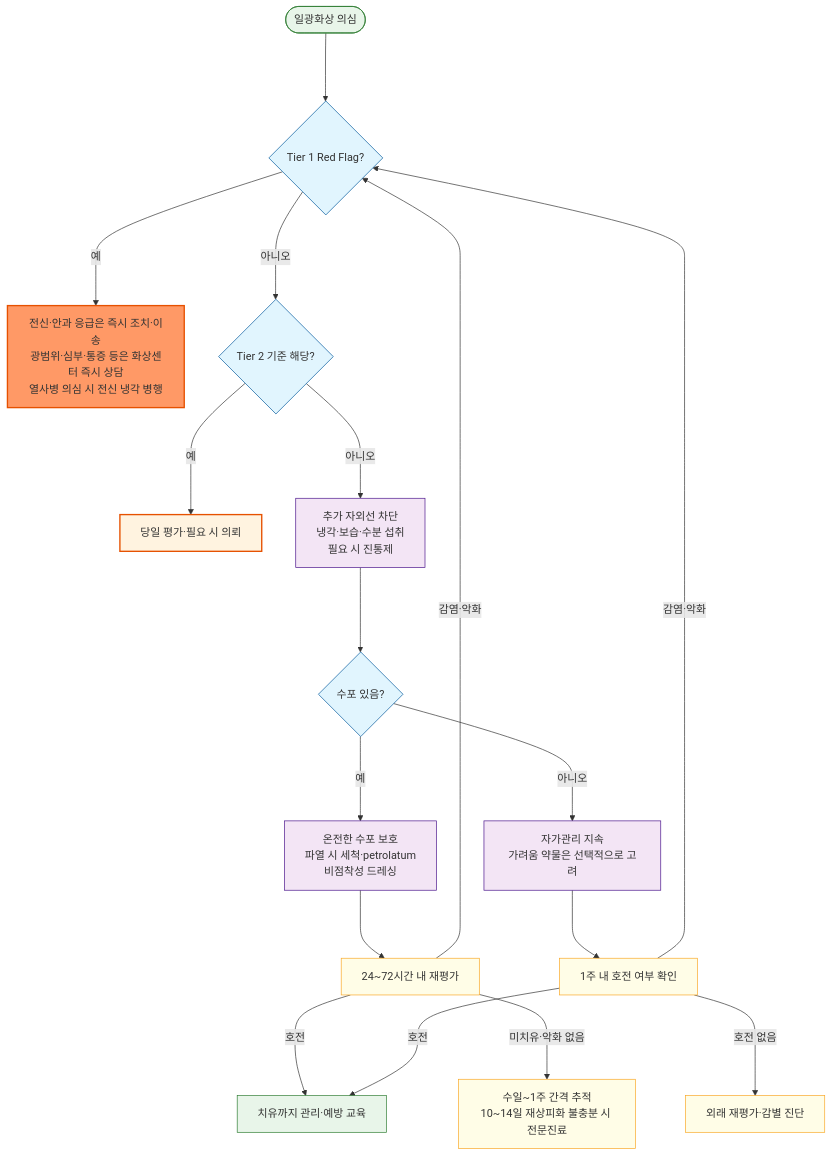
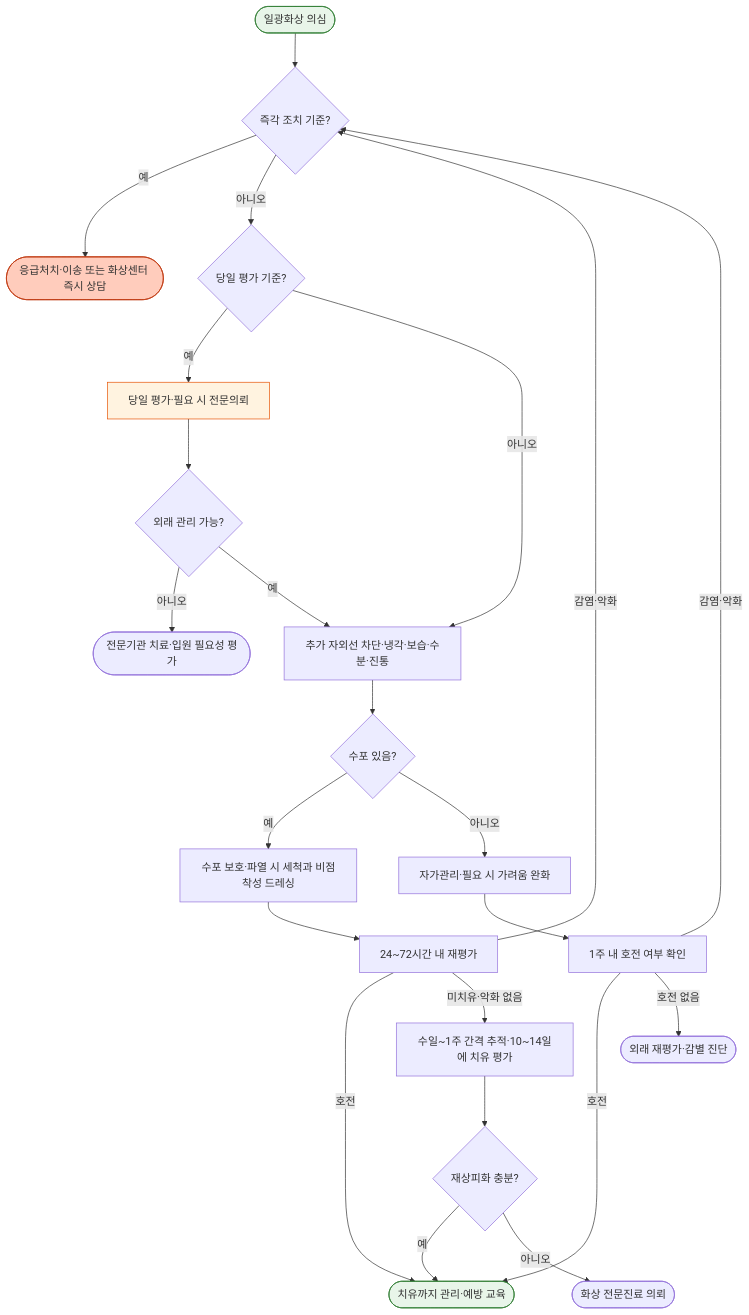
The diagram in 230_/207_-sunburn.md (familyoh77/familyoh77), drawn with Mermaid before and after one commit. The commit also changed other lines of this file and 5 other files, not shown here.

````diff
--- a/230_/207_-sunburn.md
+++ b/230_/207_-sunburn.md
@@ -95,33 +97,29 @@
 ```mermaid
-graph TD
-    A([일광화상 의심]) ---> B{Tier 1 Red Flag?}
-    B --->|예| C[전신·안과 응급은 즉시 조치·이송<br>광범위·심부·통증 등은 화상센터 즉시 상담<br>열사병 의심 시 전신 냉각 병행]
-    B --->|아니오| D{Tier 2 기준 해당?}
-    D --->|예| E[당일 평가·필요 시 의뢰]
-    D --->|아니오| F[추가 자외선 차단<br>냉각·보습·수분 섭취<br>필요 시 진통제]
-    F ---> G{수포 있음?}
-    G --->|예| H[온전한 수포 보호<br>파열 시 세척·petrolatum<br>비점착성 드레싱]
-    G --->|아니오| I[자가관리 지속<br>가려움 약물은 선택적으로 고려]
-    H ---> L[24~72시간 내 재평가]
-    I ---> N[1주 내 호전 여부 확인]
-    L --->|호전| M[치유까지 관리·예방 교육]
-    L --->|감염·악화| B
-    L --->|미치유·악화 없음| P[수일~1주 간격 추적<br>10~14일 재상피화 불충분 시 전문진료]
-    N --->|호전| M
-    N --->|호전 없음| O[외래 재평가·감별 진단]
-    N --->|감염·악화| B
-    style A fill:#e8f5e9,stroke:#2e7d32,stroke-width:1px
-    style B fill:#e1f5fe,stroke:#01579b,stroke-width:1px
-    style C fill:#f96,stroke:#e65100,stroke-width:2px
-    style D fill:#e1f5fe,stroke:#01579b,stroke-width:1px
-    style E fill:#fff3e0,stroke:#e65100,stroke-width:2px
-    style F fill:#f3e5f5,stroke:#4a148c,stroke-width:1px
-    style G fill:#e1f5fe,stroke:#01579b,stroke-width:1px
-    style H fill:#f3e5f5,stroke:#4a148c,stroke-width:1px
-    style I fill:#f3e5f5,stroke:#4a148c,stroke-width:1px
-    style L fill:#fffde7,stroke:#f9a825,stroke-width:1px
-    style M fill:#e8f5e9,stroke:#2e7d32,stroke-width:1px
-    style N fill:#fffde7,stroke:#f9a825,stroke-width:1px
-    style O fill:#fffde7,stroke:#f9a825,stroke-width:1px
-    style P fill:#fffde7,stroke:#f9a825,stroke-width:1px
+flowchart TD
+    A(["일광화상 의심"]) --> B{"즉각 조치 기준?"}
+    B -->|예| C(["응급처치·이송 또는 화상센터 즉시 상담"])
+    B -->|아니오| D{"당일 평가 기준?"}
+    D -->|예| E["당일 평가·필요 시 전문의뢰"]
+    E --> Q{"외래 관리 가능?"}
+    Q -->|아니오| R(["전문기관 치료·입원 필요성 평가"])
+    Q -->|예| F
+    D -->|아니오| F["추가 자외선 차단·냉각·보습·수분·진통"]
+    F --> G{"수포 있음?"}
+    G -->|예| H["수포 보호·파열 시 세척과 비점착성 드레싱"]
+    G -->|아니오| I["자가관리·필요 시 가려움 완화"]
+    H --> L["24~72시간 내 재평가"]
+    I --> N["1주 내 호전 여부 확인"]
+    L -->|호전| M(["치유까지 관리·예방 교육"])
+    L -->|감염·악화| B
+    L -->|미치유·악화 없음| P["수일~1주 간격 추적·10~14일에 치유 평가"]
+    P --> T{"재상피화 충분?"}
+    T -->|예| M
+    T -->|아니오| U(["화상 전문진료 의뢰"])
+    N -->|호전| M
+    N -->|호전 없음| O(["외래 재평가·감별 진단"])
+    N -->|감염·악화| B
+    style A fill:#e8f5e9,stroke:#2e7d32
+    style C fill:#ffccbc,stroke:#bf360c
+    style E fill:#fff3e0,stroke:#e65100
+    style M fill:#e8f5e9,stroke:#2e7d32
 ```
````
